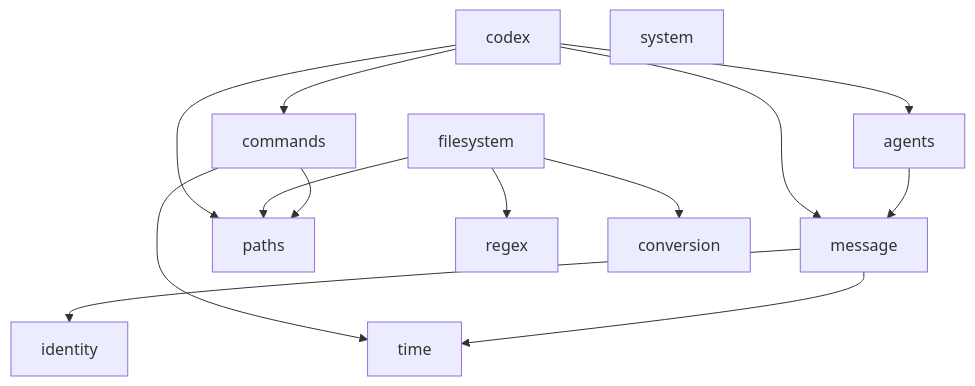
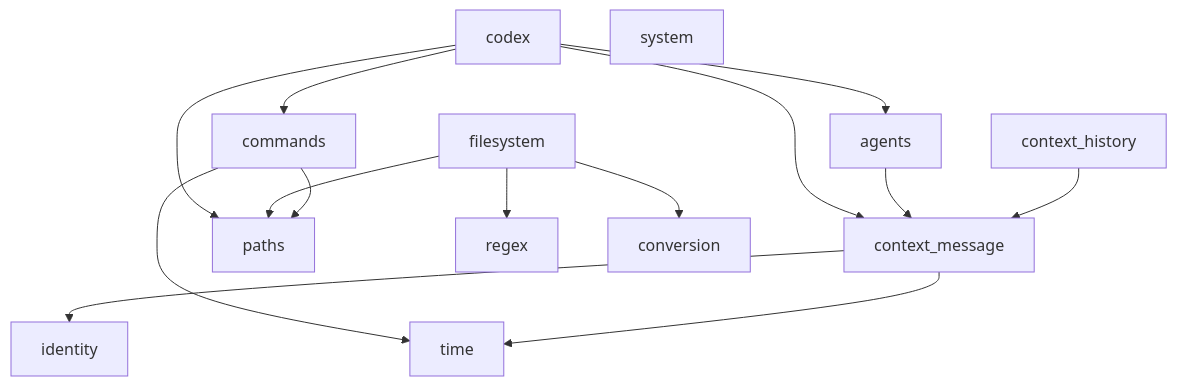
One commit to asmith662/devtools changed the diagram in docs/architecture.md. Above: the diagram before and after it, drawn with Mermaid. The commit also changed other lines of this file and 25 other files, not shown here.

Commit message:
message history

````diff
--- a/docs/architecture.md
+++ b/docs/architecture.md
@@ -46,22 +46,23 @@
 ```mermaid
 graph TD
-    message --> identity
-    message --> time
+    context_message --> identity
+    context_message --> time
+    context_history --> context_message
 
     commands --> paths
     commands --> time
 
     filesystem --> paths
     filesystem --> regex
     filesystem --> conversion
 
-    agents --> message
+    agents --> context_message
 
     codex --> agents
-    codex --> message
+    codex --> context_message
     codex --> commands
     codex --> paths
 
     identity
     system
 ```
````
